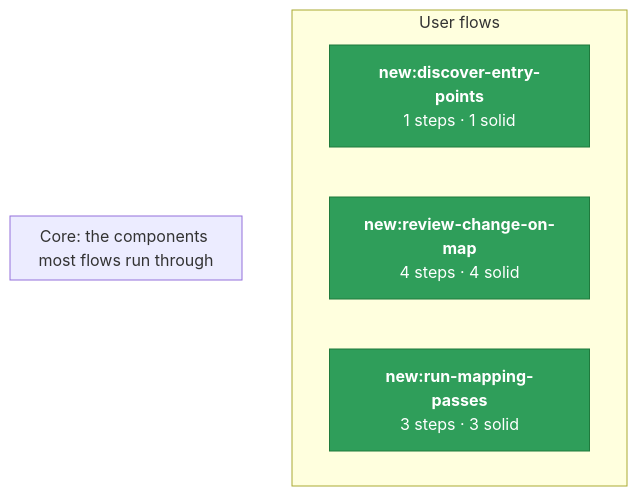
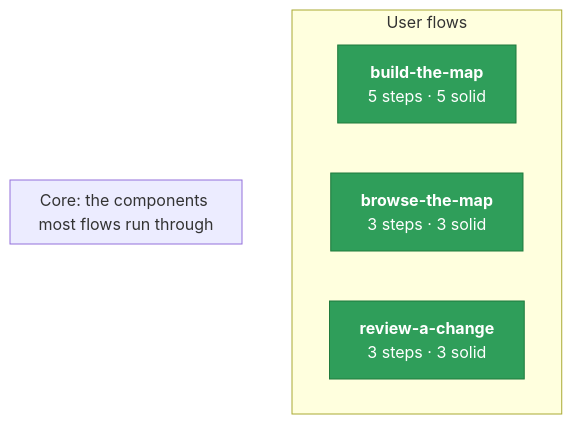
Before and after one commit to NelisVerhoef/Flowmap: the diagram in docs/flowmap/diagrams/README.md, drawn with Mermaid. The commit also changed other lines of this file and 33 other files, not shown here.

First line of the commit message:
canvas: the map as one picture a change is painted on; flowmap's own map refreshed (#17)

````diff
--- a/docs/flowmap/diagrams/README.md
+++ b/docs/flowmap/diagrams/README.md
@@ -7,25 +7,25 @@
 ```mermaid
 flowchart TB
     subgraph flows["User flows"]
     direction LR
-        nnew_discover_entry_points["<b>new:discover-entry-points</b><br/>1 steps · 1 solid"]
-        nnew_review_change_on_map["<b>new:review-change-on-map</b><br/>4 steps · 4 solid"]
-        nnew_run_mapping_passes["<b>new:run-mapping-passes</b><br/>3 steps · 3 solid"]
+        nbuild_the_map["<b>build-the-map</b><br/>5 steps · 5 solid"]
+        nbrowse_the_map["<b>browse-the-map</b><br/>3 steps · 3 solid"]
+        nreview_a_change["<b>review-a-change</b><br/>3 steps · 3 solid"]
     end
     subgraph core["Core: the components most flows run through"]
     direction LR
     end
-    class nnew_discover_entry_points tested
-    click nnew_discover_entry_points "./new-discover-entry-points.md"
-    class nnew_review_change_on_map tested
-    click nnew_review_change_on_map "./new-review-change-on-map.md"
-    class nnew_run_mapping_passes tested
-    click nnew_run_mapping_passes "./new-run-mapping-passes.md"
+    class nbuild_the_map tested
+    click nbuild_the_map "./build-the-map.md"
+    class nbrowse_the_map tested
+    click nbrowse_the_map "./browse-the-map.md"
+    class nreview_a_change tested
+    click nreview_a_change "./review-a-change.md"
     classDef confirmed fill:#1f7a3d,stroke:#14532d,color:#fff
     classDef tested fill:#2f9e5a,stroke:#1f7a3d,color:#fff
     classDef agreed fill:#a7e3bd,stroke:#2f9e5a,color:#0b3d1f
     classDef contested fill:#fde68a,stroke:#b58105,color:#3d2c00
     classDef single-source fill:#fecaca,stroke:#b91c1c,color:#450a0a
     classDef endpoint fill:#eef2ff,stroke:#6366f1,color:#1e1b4b
     classDef handler fill:#1e293b,stroke:#0f172a,color:#fff
 ```
````
